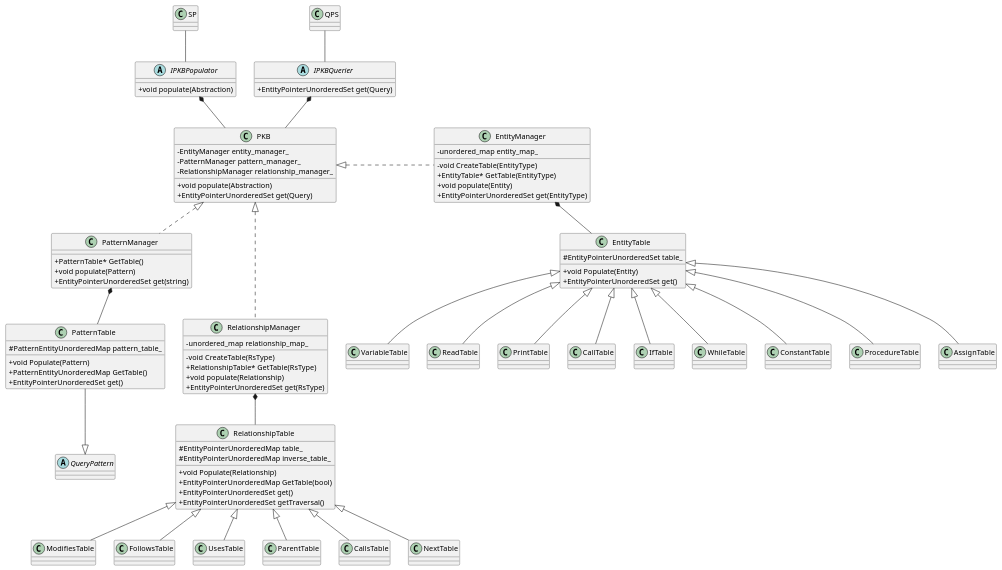
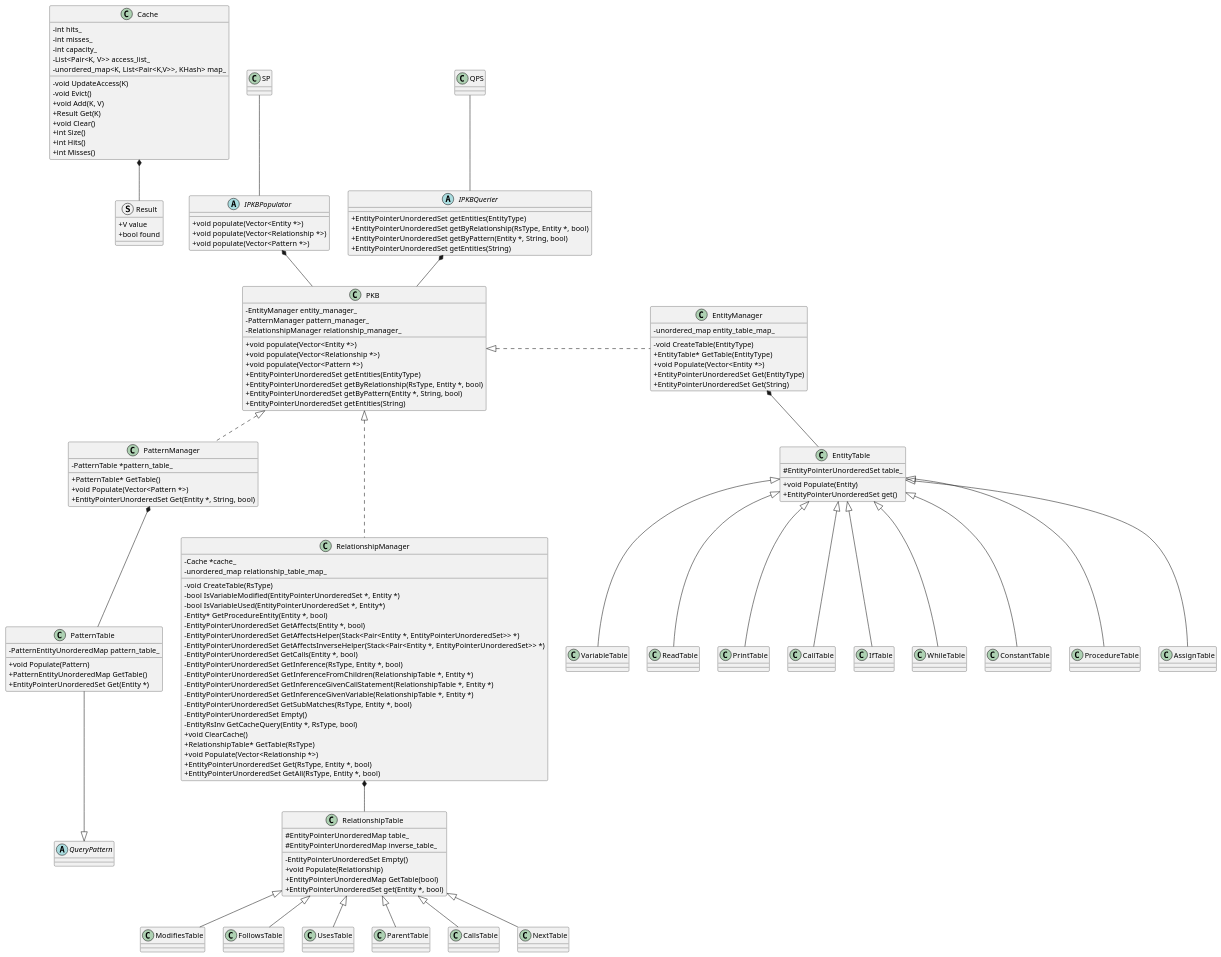
One commit to mazx4960/static-analyzer changed the diagram in docs/diagrams/PKBClassDiagram.puml. Above: the diagram before and after it, drawn with PlantUML.

Commit message:
docs: updated PKB uml diagram

```diff
--- a/docs/diagrams/PKBClassDiagram.puml
+++ b/docs/diagrams/PKBClassDiagram.puml
@@ -1,148 +1,200 @@
 @startuml
 skinparam classAttributeIconSize 0
 
 class SP
 class QPS
 class PKB
 
 abstract class IPKBPopulator {
-	+void populate(Abstraction)
+	+void populate(Vector<Entity *>)
+    +void populate(Vector<Relationship *>)
+    +void populate(Vector<Pattern *>)
 }
 
 abstract class IPKBQuerier {
-	+EntityPointerUnorderedSet get(Query)
+	+EntityPointerUnorderedSet getEntities(EntityType)
+	+EntityPointerUnorderedSet getByRelationship(RsType, Entity *, bool)
+	+EntityPointerUnorderedSet getByPattern(Entity *, String, bool)
+	+EntityPointerUnorderedSet getEntities(String)
 }
 
 class PKB {
     -EntityManager entity_manager_
     -PatternManager pattern_manager_
     -RelationshipManager relationship_manager_
-    +void populate(Abstraction)
-    +EntityPointerUnorderedSet get(Query)
+	+void populate(Vector<Entity *>)
+    +void populate(Vector<Relationship *>)
+    +void populate(Vector<Pattern *>)
+	+EntityPointerUnorderedSet getEntities(EntityType)
+	+EntityPointerUnorderedSet getByRelationship(RsType, Entity *, bool)
+	+EntityPointerUnorderedSet getByPattern(Entity *, String, bool)
+	+EntityPointerUnorderedSet getEntities(String)
 }
 
 class EntityManager {
-    -unordered_map entity_map_ 
+    -unordered_map entity_table_map_ 
     -void CreateTable(EntityType)
     +EntityTable* GetTable(EntityType) 
-    +void populate(Entity)
-    +EntityPointerUnorderedSet get(EntityType)
+    +void Populate(Vector<Entity *>)
+    +EntityPointerUnorderedSet Get(EntityType)
+    +EntityPointerUnorderedSet Get(String)
 }
 
 class RelationshipManager {
-    -unordered_map relationship_map_
+    -Cache *cache_
+    -unordered_map relationship_table_map_
     -void CreateTable(RsType)
-    +RelationshipTable* GetTable(RsType) 
-    +void populate(Relationship)
-    +EntityPointerUnorderedSet get(RsType)
+    -bool IsVariableModified(EntityPointerUnorderedSet *, Entity *)
+    -bool IsVariableUsed(EntityPointerUnorderedSet *, Entity*)
+    -Entity* GetProcedureEntity(Entity *, bool)
+    -EntityPointerUnorderedSet GetAffects(Entity *, bool)
+    -EntityPointerUnorderedSet GetAffectsHelper(Stack<Pair<Entity *, EntityPointerUnorderedSet>> *)
+    -EntityPointerUnorderedSet GetAffectsInverseHelper(Stack<Pair<Entity *, EntityPointerUnorderedSet>> *)
+    -EntityPointerUnorderedSet GetCalls(Entity *, bool)
+    -EntityPointerUnorderedSet GetInference(RsType, Entity *, bool)
+    -EntityPointerUnorderedSet GetInferenceFromChildren(RelationshipTable *, Entity *)
+    -EntityPointerUnorderedSet GetInferenceGivenCallStatement(RelationshipTable *, Entity *)
+    -EntityPointerUnorderedSet GetInferenceGivenVariable(RelationshipTable *, Entity *)
+    -EntityPointerUnorderedSet GetSubMatches(RsType, Entity *, bool) 
+    -EntityPointerUnorderedSet Empty()
+    -EntityRsInv GetCacheQuery(Entity *, RsType, bool)
+    +void ClearCache()
+    +RelationshipTable* GetTable(RsType)
+    +void Populate(Vector<Relationship *>) 
+    +EntityPointerUnorderedSet Get(RsType, Entity *, bool)
+    +EntityPointerUnorderedSet GetAll(RsType, Entity *, bool)
 }
 
 class PatternManager {
+    -PatternTable *pattern_table_
     +PatternTable* GetTable()
-    +void populate(Pattern)
-    +EntityPointerUnorderedSet get(string)
+    +void Populate(Vector<Pattern *>)
+    +EntityPointerUnorderedSet Get(Entity *, String, bool)
 }
 
 class RelationshipTable {
     #EntityPointerUnorderedMap table_
     #EntityPointerUnorderedMap inverse_table_
+    -EntityPointerUnorderedSet Empty()
     +void Populate(Relationship)
     +EntityPointerUnorderedMap GetTable(bool)
-    +EntityPointerUnorderedSet get()
-    +EntityPointerUnorderedSet getTraversal()
+    +EntityPointerUnorderedSet get(Entity *, bool) 
 }
 
 class EntityTable {
     #EntityPointerUnorderedSet table_
     +void Populate(Entity)
     +EntityPointerUnorderedSet get()
 }
 
 class PatternTable {
-    #PatternEntityUnorderedMap pattern_table_
+    -PatternEntityUnorderedMap pattern_table_
     +void Populate(Pattern)
     +PatternEntityUnorderedMap GetTable()
-    +EntityPointerUnorderedSet get()
+    +EntityPointerUnorderedSet Get(Entity *)
+}
+
+class Cache {
+    -int hits_
+    -int misses_
+    -int capacity_
+    -List<Pair<K, V>> access_list_
+    -unordered_map<K, List<Pair<K,V>>, KHash> map_
+    -void UpdateAccess(K)
+    -void Evict()
+    +void Add(K, V)
+    +Result Get(K)
+    +void Clear()
+    +int Size()
+    +int Hits()
+    +int Misses()
+}
+
+struct Result {
+    +V value
+    +bool found
 }
 
 abstract class "QueryPattern"
 
 class VariableTable {
 }
 
 class ReadTable {
 }
 
 class PrintTable {
 }
 
 class CallTable {
 }
 
 class IfTable {
 }
 
 class WhileTable {
 }
 
 class ConstantTable {
 }
 
 class ProcedureTable {
 }
 
 class AssignTable {
 }
 
 class ModifiesTable {
 }
 
 class FollowsTable {
 }  
 
 class UsesTable {
 }
 
 class ParentTable {
 } 
 
 class CallsTable {
 } 
 
 class NextTable {
 } 
 
 IPKBPopulator *-down- PKB
 IPKBQuerier *-down- PKB
 SP -down- IPKBPopulator
 QPS -down- IPKBQuerier
 
 PKB <|.down EntityManager
 PKB <|.down.  PatternManager
 PKB <|.down.. RelationshipManager
 
 EntityTable -up-* EntityManager
 
 VariableTable -up-|> EntityTable
 ReadTable -up-|> EntityTable
 PrintTable -up-|> EntityTable
 CallTable -up-|> EntityTable
 IfTable -up-|> EntityTable
 WhileTable -up-|> EntityTable
 ConstantTable -up-|> EntityTable
 ProcedureTable -up-|> EntityTable
 AssignTable -up-|> EntityTable
 
 RelationshipTable -up-* RelationshipManager 
 
 ModifiesTable -up-|> RelationshipTable
 FollowsTable -up-|> RelationshipTable 
 UsesTable -up-|> RelationshipTable
 ParentTable -up-|> RelationshipTable 
 CallsTable -up-|> RelationshipTable 
 NextTable -up-|> RelationshipTable 
 
 PatternTable -up-* PatternManager
 PatternTable -down-|> QueryPattern
 
+Result -up-* Cache
+
 @enduml
```
